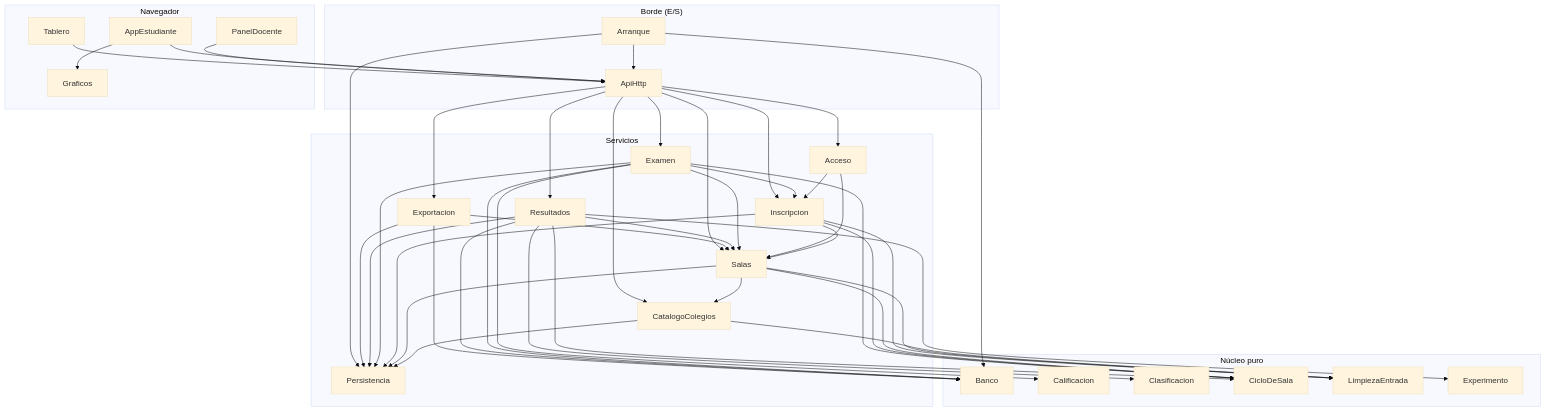
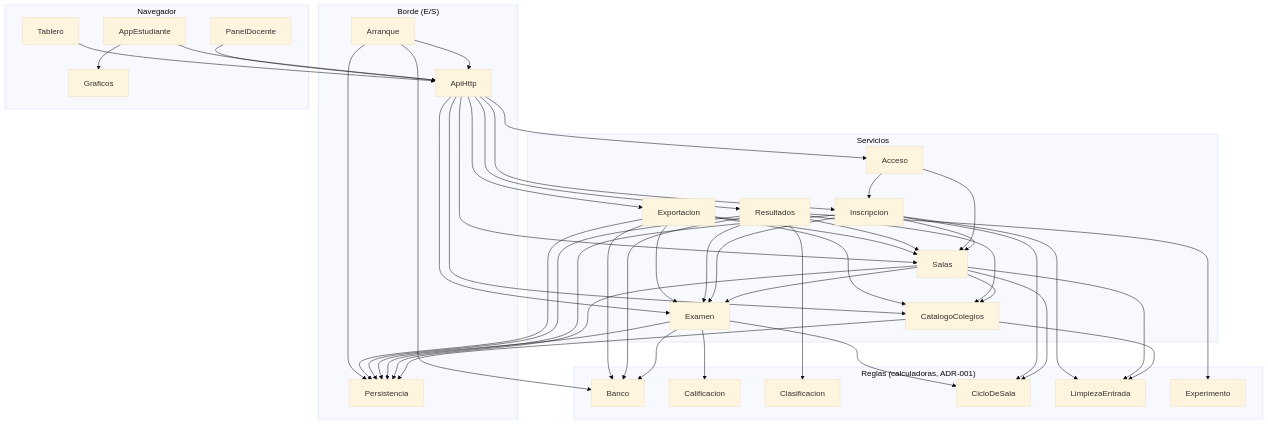
Before and after one commit to statistical-engineering/iest-sem-reto-desinformacion-colegios: the diagram in aidlc/spaces/default/intents/261024-publicar-reto-nube/inception/domain-design/components.md, drawn with Mermaid (base theme). The commit also changed other lines of this file and 428 other files, not shown here.

````diff
--- a/aidlc/spaces/default/intents/261024-publicar-reto-nube/inception/domain-design/components.md
+++ b/aidlc/spaces/default/intents/261024-publicar-reto-nube/inception/domain-design/components.md
@@ -25,72 +25,75 @@
 ```mermaid
 graph TD
-  subgraph nucleo["Núcleo puro"]
+  subgraph reglas["Reglas (calculadoras, ADR-001)"]
     Banco
     Calificacion
     Clasificacion
     CicloDeSala
     LimpiezaEntrada
     Experimento
   end
   subgraph servicio["Servicios"]
-    Persistencia
     CatalogoColegios
     Salas
     Acceso
     Inscripcion
     Examen
     Resultados
     Exportacion
   end
   subgraph borde["Borde (E/S)"]
     ApiHttp
+    Persistencia
     Arranque
   end
   subgraph cliente["Navegador"]
     AppEstudiante
     PanelDocente
     Tablero
     Graficos
   end
   CatalogoColegios --> LimpiezaEntrada
   CatalogoColegios --> Persistencia
   Salas --> CicloDeSala
   Salas --> LimpiezaEntrada
   Salas --> CatalogoColegios
+  Salas --> Examen
   Salas --> Persistencia
   Inscripcion --> Salas
   Inscripcion --> LimpiezaEntrada
   Inscripcion --> CicloDeSala
+  Inscripcion --> Examen
   Inscripcion --> Persistencia
   Acceso --> Salas
   Acceso --> Inscripcion
   Examen --> Banco
   Examen --> Calificacion
   Examen --> CicloDeSala
-  Examen --> Salas
-  Examen --> Inscripcion
   Examen --> Persistencia
+  Resultados --> Examen
   Resultados --> Banco
   Resultados --> Clasificacion
   Resultados --> Experimento
-  Resultados --> CicloDeSala
   Resultados --> Salas
+  Resultados --> CatalogoColegios
   Resultados --> Persistencia
+  Exportacion --> Examen
   Exportacion --> Salas
+  Exportacion --> CatalogoColegios
   Exportacion --> Banco
   Exportacion --> Persistencia
   ApiHttp --> Acceso
   ApiHttp --> Salas
   ApiHttp --> CatalogoColegios
   ApiHttp --> Inscripcion
   ApiHttp --> Examen
   ApiHttp --> Resultados
   ApiHttp --> Exportacion
   Arranque --> ApiHttp
   Arranque --> Banco
   Arranque --> Persistencia
   AppEstudiante --> ApiHttp
   AppEstudiante --> Graficos
   PanelDocente --> ApiHttp
   Tablero --> ApiHttp
 ```
````
